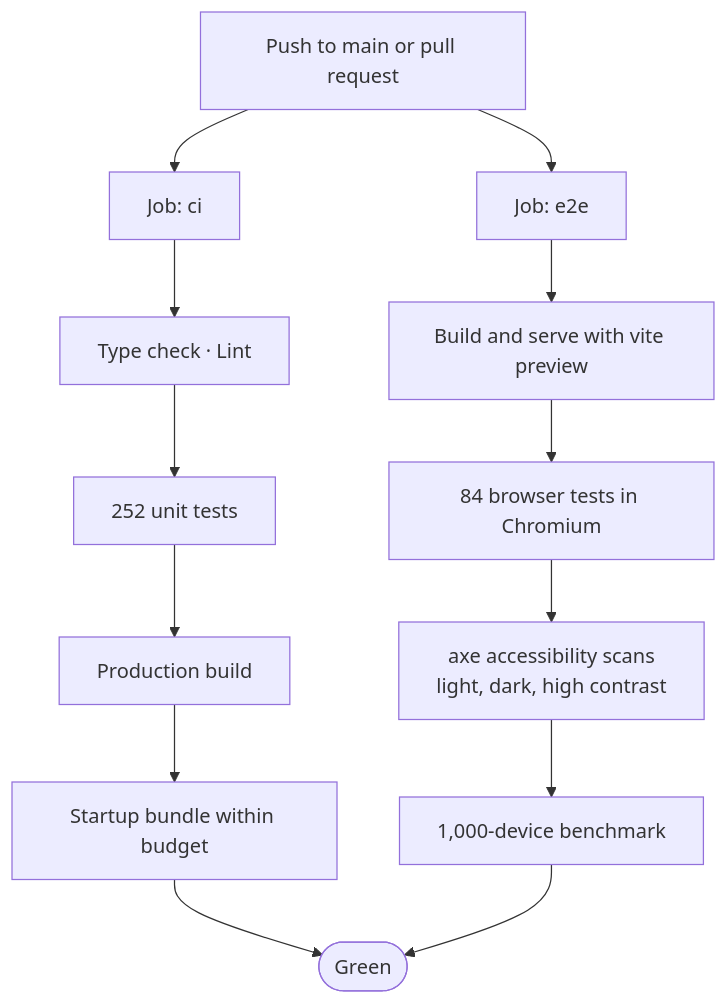
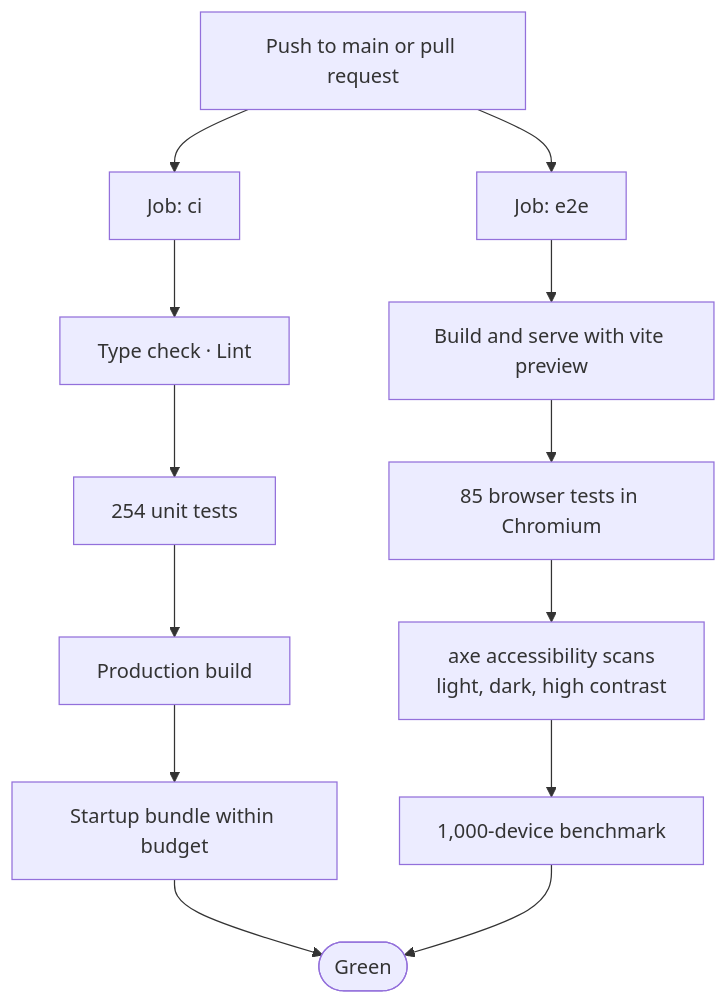
Diagram 29 of 32 in README.md (vijaykumargowdakk/ReSecArc), drawn with Mermaid before and after one commit. The commit also changed other lines of this file and 17 other files, not shown here.

````diff
--- a/README.md
+++ b/README.md
@@ -1277,15 +1278,15 @@
 ```mermaid
 flowchart TB
     PUSH["Push to main or pull request"] --> J1["Job: ci"]
     PUSH --> J2["Job: e2e"]
     J1 --> A1["Type check · Lint"]
-    A1 --> A2["252 unit tests"]
+    A1 --> A2["254 unit tests"]
     A2 --> A3["Production build"]
     A3 --> A4["Startup bundle within budget"]
     J2 --> B1["Build and serve with vite preview"]
-    B1 --> B2["84 browser tests in Chromium"]
+    B1 --> B2["85 browser tests in Chromium"]
     B2 --> B3["axe accessibility scans<br/>light, dark, high contrast"]
     B3 --> B4["1,000-device benchmark"]
     A4 --> OK(["Green"])
     B4 --> OK
 ```
````
